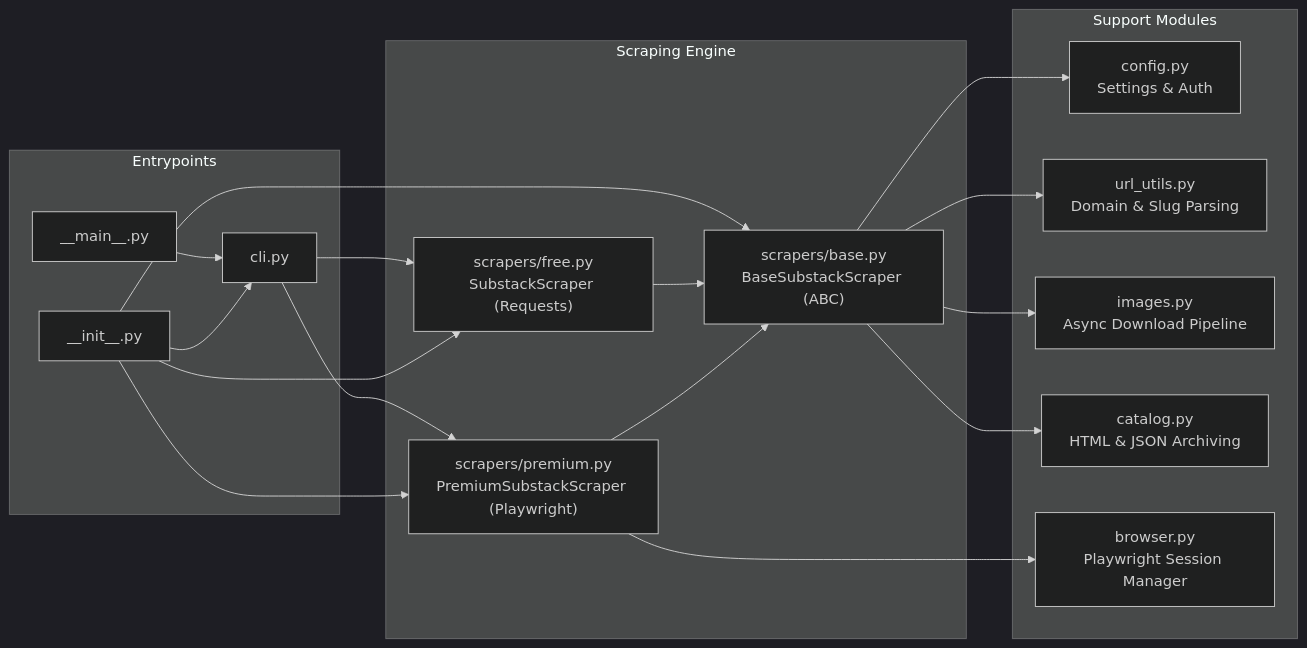
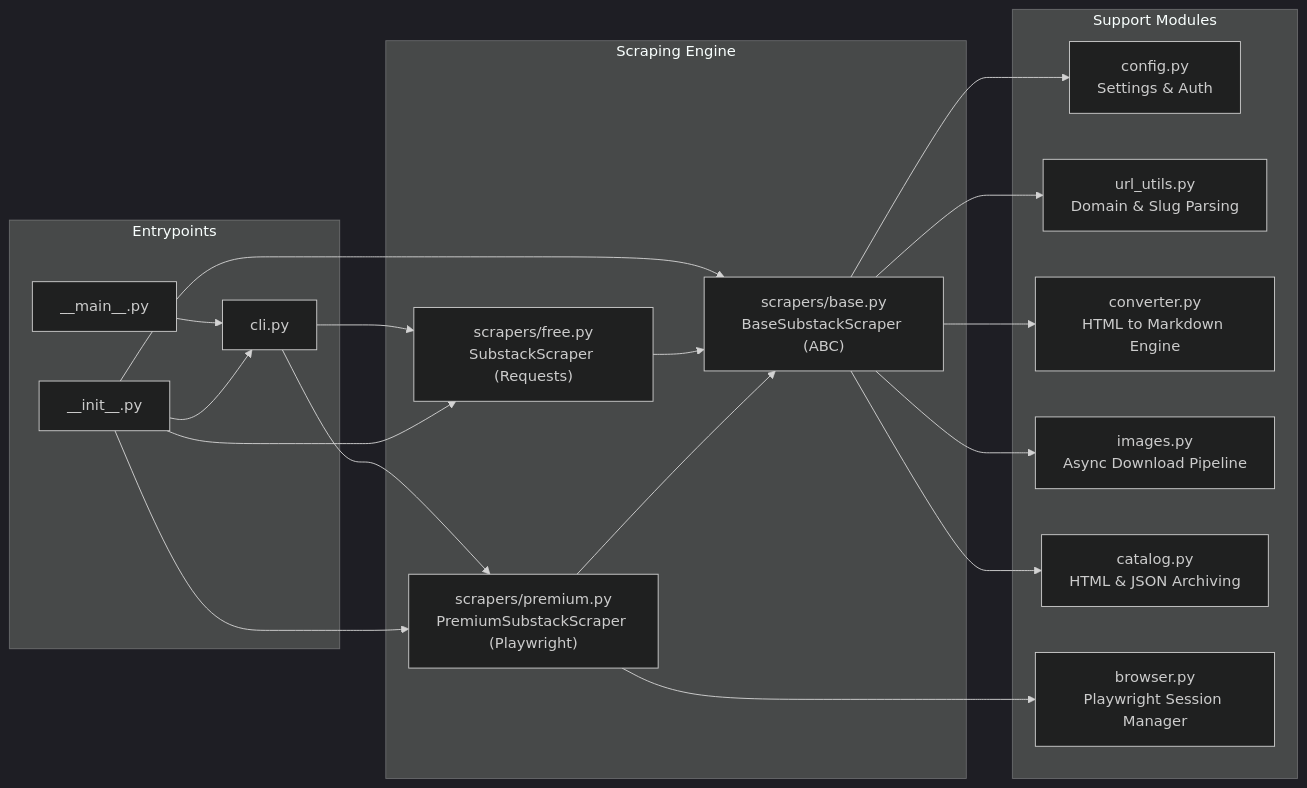
Before and after one commit to 0xfchen/Substack2Markdown: the second of 2 diagrams in AGENTS.md, drawn with Mermaid (dark theme). The commit also changed other lines of this file and 9 other files, not shown here.

Commit message:
feat: migrate html to markdown engine to html-to-markdown

````diff
--- a/AGENTS.md
+++ b/AGENTS.md
@@ -49,32 +51,33 @@
 ```mermaid
 flowchart LR
     subgraph Entrypoints ["Entrypoints"]
         main["__main__.py"]
         cli["cli.py"]
         init["__init__.py"]
     end
 
     subgraph CoreEngine ["Scraping Engine"]
         base["scrapers/base.py<br/>BaseSubstackScraper (ABC)"]
         free["scrapers/free.py<br/>SubstackScraper (Requests)"]
         prem["scrapers/premium.py<br/>PremiumSubstackScraper (Playwright)"]
     end
 
     subgraph Services ["Support Modules"]
         cfg["config.py<br/>Settings & Auth"]
         url["url_utils.py<br/>Domain & Slug Parsing"]
+        cnv["converter.py<br/>HTML to Markdown Engine"]
         img["images.py<br/>Async Download Pipeline"]
         cat["catalog.py<br/>HTML & JSON Archiving"]
         brw["browser.py<br/>Playwright Session Manager"]
     end
 
     main --> cli
     cli --> free & prem
     init --> cli & base & free & prem
     
     free --> base
     prem --> base
     
-    base --> cfg & url & img & cat
+    base --> cfg & url & cnv & img & cat
     prem --> brw
 ```
````
